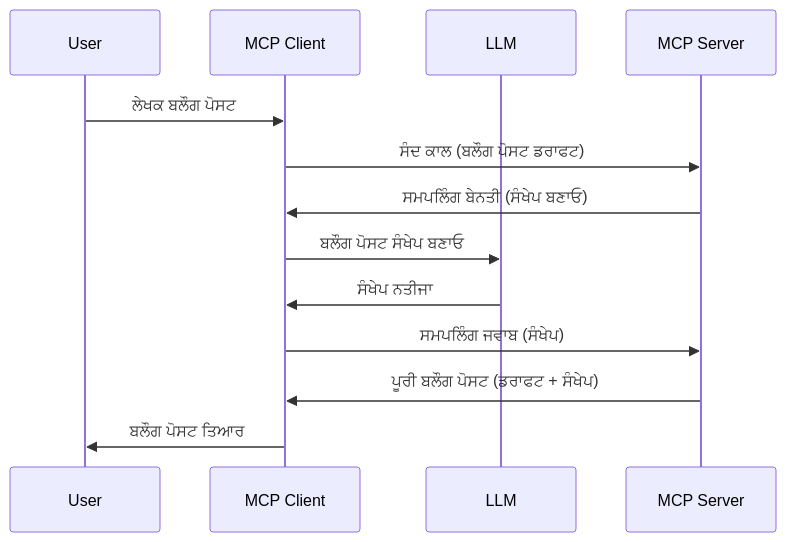
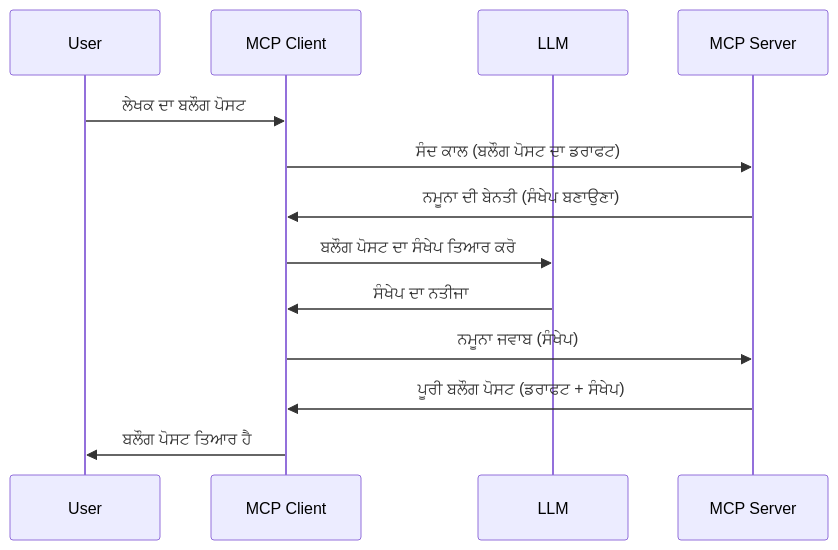
One commit to HIDORAKAI002/ai-workspace-archive changed the diagram in mcp_ecosystem__model_context_protocol/mcp_learning_resources/mcp-for-beginners/translations/pa/03-GettingStarted/14-sampling/README.md. Above: the diagram before and after it, drawn with Mermaid. The commit also changed other lines of this file and 5748 other files, not shown here.

Commit message:
chore(sync): update MCP Python SDK, MCP TypeScript SDK, Supabase MCP, Kubernetes MCP Server, Git MCP, MCP Agent, Awesome ChatGPT Prompts, Langfuse, +62 more

````diff
--- a/mcp_ecosystem__model_context_protocol/mcp_learning_resources/mcp-for-beginners/translations/pa/03-GettingStarted/14-sampling/README.md
+++ b/mcp_ecosystem__model_context_protocol/mcp_learning_resources/mcp-for-beginners/translations/pa/03-GettingStarted/14-sampling/README.md
@@ -25,16 +27,16 @@
 ```mermaid
 sequenceDiagram
     participant User
     participant MCP Client
     participant LLM
     participant MCP Server
 
-    User->>MCP Client: ਲੇਖਕ ਬਲੌਗ ਪੋਸਟ
-    MCP Client->>MCP Server: ਸੰਦ ਕਾਲ (ਬਲੌਗ ਪੋਸਟ ਡਰਾਫਟ)
-    MCP Server->>MCP Client: ਸਮਪਲਿੰਗ ਬੇਨਤੀ (ਸੰਖੇਪ ਬਣਾਓ)
-    MCP Client->>LLM: ਬਲੌਗ ਪੋਸਟ ਸੰਖੇਪ ਬਣਾਓ
-    LLM->>MCP Client: ਸੰਖੇਪ ਨਤੀਜਾ
-    MCP Client->>MCP Server: ਸਮਪਲਿੰਗ ਜਵਾਬ (ਸੰਖੇਪ)
+    User->>MCP Client: ਲੇਖਕ ਦਾ ਬਲੌਗ ਪੋਸਟ
+    MCP Client->>MCP Server: ਸੰਦ ਕਾਲ (ਬਲੌਗ ਪੋਸਟ ਦਾ ਡਰਾਫਟ)
+    MCP Server->>MCP Client: ਨਮੂਨਾ ਦੀ ਬੇਨਤੀ (ਸੰਖੇਪ ਬਣਾਉਣਾ)
+    MCP Client->>LLM: ਬਲੌਗ ਪੋਸਟ ਦਾ ਸੰਖੇਪ ਤਿਆਰ ਕਰੋ
+    LLM->>MCP Client: ਸੰਖੇਪ ਦਾ ਨਤੀਜਾ
+    MCP Client->>MCP Server: ਨਮੂਨਾ ਜਵਾਬ (ਸੰਖੇਪ)
     MCP Server->>MCP Client: ਪੂਰੀ ਬਲੌਗ ਪੋਸਟ (ਡਰਾਫਟ + ਸੰਖੇਪ)
-    MCP Client->>User: ਬਲੌਗ ਪੋਸਟ ਤਿਆਰ
+    MCP Client->>User: ਬਲੌਗ ਪੋਸਟ ਤਿਆਰ ਹੈ
 ```
````
